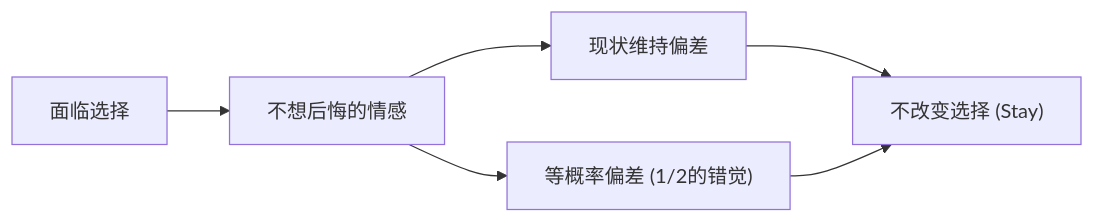
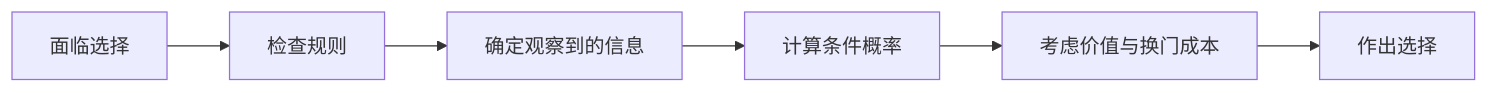
The second of 2 diagrams in content/post/paradox-monty-hall-problem/index.zh-cn.md (kenjinote/blog), drawn with Mermaid before and after one commit. The commit also changed other lines of this file and 8 other files, not shown here.

````diff
--- a/content/post/paradox-monty-hall-problem/index.zh-cn.md
+++ b/content/post/paradox-monty-hall-problem/index.zh-cn.md
@@ -187,8 +164,8 @@
 ```mermaid
 flowchart LR
-    Situation["面临选择"] --> Feeling["不想后悔的情感"]
-    Feeling --> Bias1["现状维持偏差"]
-    Feeling --> Bias2["等概率偏差 (1/2的错觉)"]
-    Bias1 --> Conclusion["不改变选择 (Stay)"]
-    Bias2 --> Conclusion
+    Situation["面临选择"] --> Rules["检查规则"]
+    Rules --> Observation["确定观察到的信息"]
+    Observation --> Posterior["计算条件概率"]
+    Posterior --> Utility["考虑价值与换门成本"]
+    Utility --> Decision["作出选择"]
 ```
````
